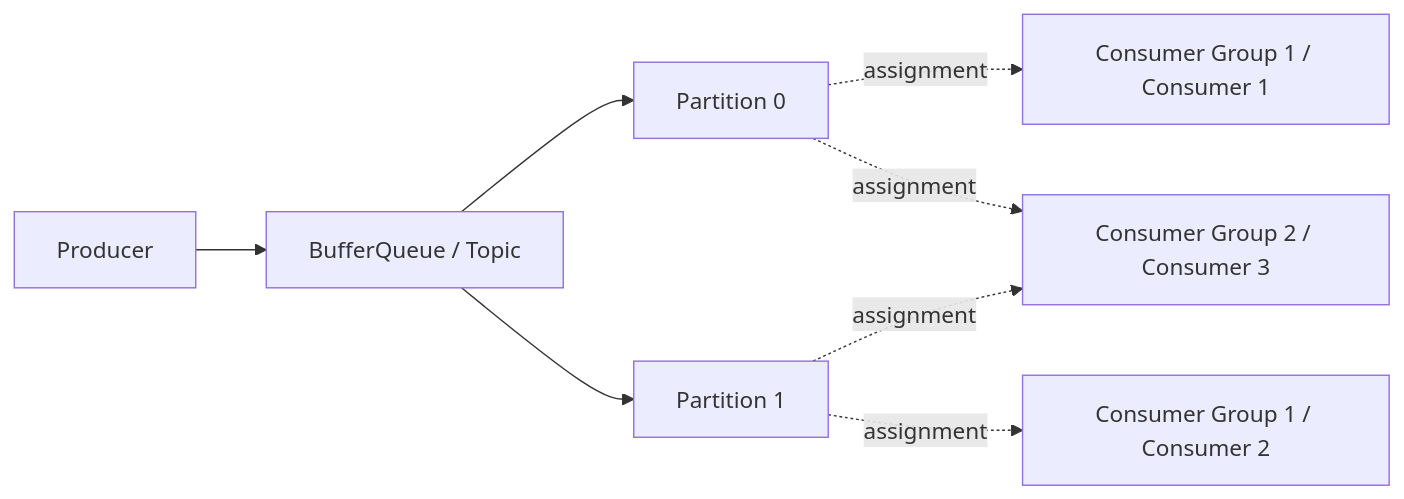
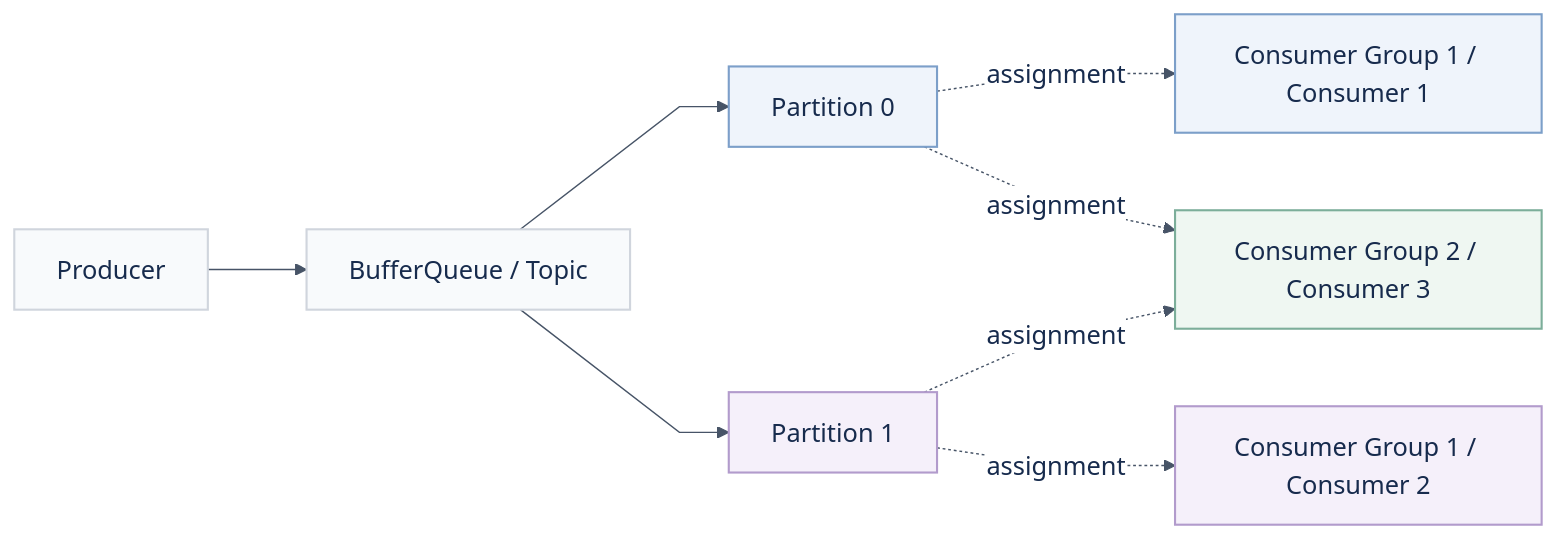
Before and after one commit to eventhorizon-cli/BufferQueue: the diagram in docs/assets/Partition.mmd, drawn with Mermaid. The commit also changed 49 other files, not shown here.

Commit message:
docs: unify Channel comparisons and macaron chart styling

```diff
--- a/docs/assets/Partition.mmd
+++ b/docs/assets/Partition.mmd
@@ -1,8 +1,21 @@
+%%{init: {"theme":"base", "flowchart":{"htmlLabels":true,"curve":"linear","nodeSpacing":55,"rankSpacing":70}, "themeVariables":{"background":"#ffffff","fontFamily":"Arial, PingFang SC, Microsoft YaHei, sans-serif","fontSize":"18px","primaryTextColor":"#172b4d","lineColor":"#475467","primaryColor":"#f8fafc","primaryBorderColor":"#d0d5dd","edgeLabelBackground":"#ffffff"}}}%%
 flowchart LR
     P[Producer] --> Q[BufferQueue / Topic]
     Q --> P0[Partition 0]
     Q --> P1[Partition 1]
     P0 -. assignment .-> C1[Consumer Group 1 / Consumer 1]
     P1 -. assignment .-> C2[Consumer Group 1 / Consumer 2]
     P0 -. assignment .-> C3[Consumer Group 2 / Consumer 3]
     P1 -. assignment .-> C3
+    class P,Q core
+    class P0 partitionBlue
+    class P1 partitionPurple
+    class C1 consumerBlue
+    class C2 consumerPurple
+    class C3 consumerGreen
+    classDef core fill:#f8fafc,stroke:#d0d5dd,color:#172b4d,stroke-width:1.5px
+    classDef partitionBlue fill:#eff4fb,stroke:#7c9fc9,color:#172b4d,stroke-width:1.5px
+    classDef partitionPurple fill:#f5f0fa,stroke:#b29bcc,color:#172b4d,stroke-width:1.5px
+    classDef consumerBlue fill:#eff4fb,stroke:#7c9fc9,color:#172b4d,stroke-width:1.5px
+    classDef consumerPurple fill:#f5f0fa,stroke:#b29bcc,color:#172b4d,stroke-width:1.5px
+    classDef consumerGreen fill:#eff7f2,stroke:#7cae9a,color:#172b4d,stroke-width:1.5px
```
